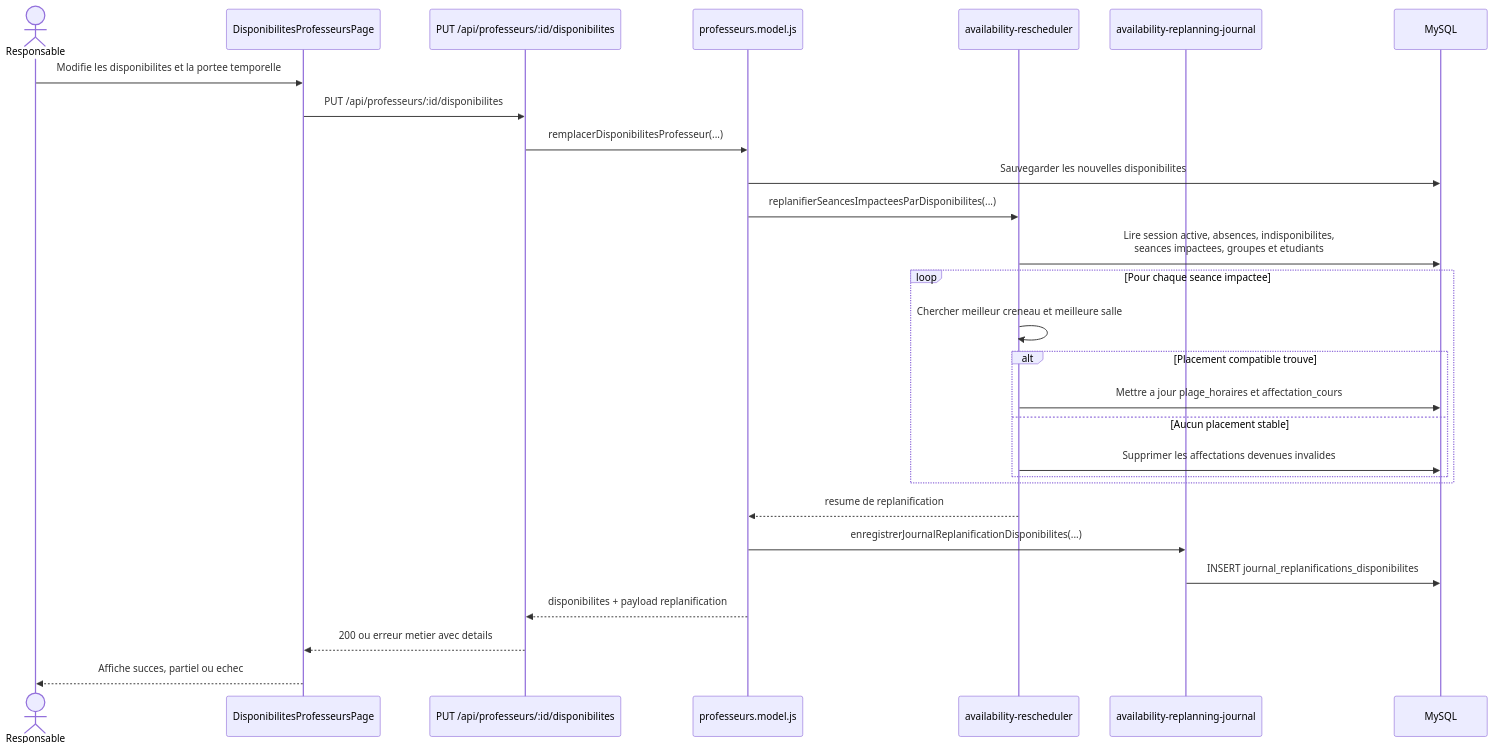
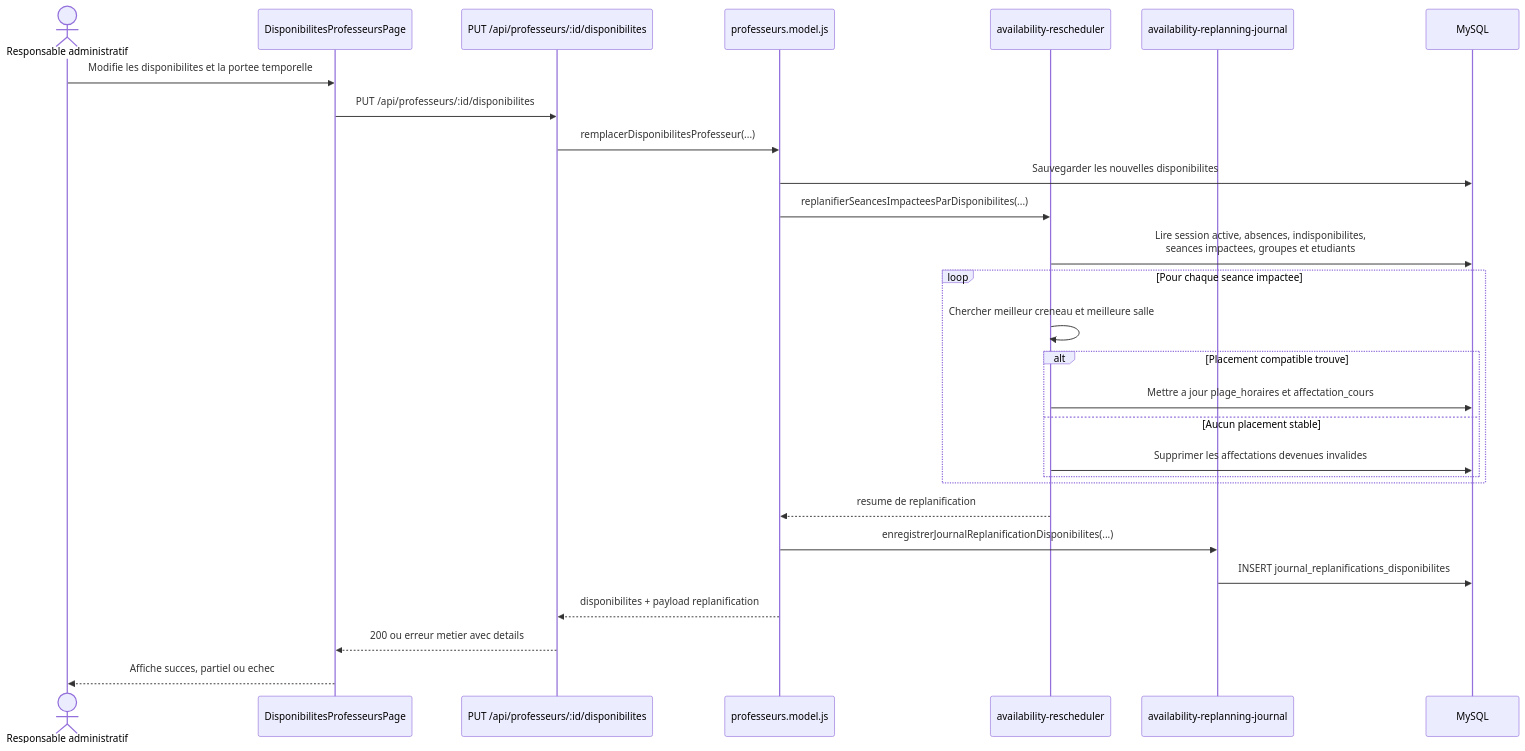
Before and after one commit to saberkara10/Horaire-5: the diagram in documents/diagrammes/scheduler-replanification-sequence.mmd, drawn with Mermaid. The commit also changed 189 other files, not shown here.

```diff
--- a/documents/diagrammes/scheduler-replanification-sequence.mmd
+++ b/documents/diagrammes/scheduler-replanification-sequence.mmd
@@ -1,29 +1,29 @@
 sequenceDiagram
-    actor Responsable
+    actor ResponsableAdministratif as Responsable administratif
     participant Frontend as DisponibilitesProfesseursPage
     participant Route as PUT /api/professeurs/:id/disponibilites
     participant Model as professeurs.model.js
     participant Replanner as availability-rescheduler
     participant Journal as availability-replanning-journal
     participant DB as MySQL
 
-    Responsable->>Frontend: Modifie les disponibilites et la portee temporelle
+    ResponsableAdministratif->>Frontend: Modifie les disponibilites et la portee temporelle
     Frontend->>Route: PUT /api/professeurs/:id/disponibilites
     Route->>Model: remplacerDisponibilitesProfesseur(...)
     Model->>DB: Sauvegarder les nouvelles disponibilites
     Model->>Replanner: replanifierSeancesImpacteesParDisponibilites(...)
     Replanner->>DB: Lire session active, absences, indisponibilites,<br/>seances impactees, groupes et etudiants
     loop Pour chaque seance impactee
         Replanner->>Replanner: Chercher meilleur creneau et meilleure salle
         alt Placement compatible trouve
             Replanner->>DB: Mettre a jour plage_horaires et affectation_cours
         else Aucun placement stable
             Replanner->>DB: Supprimer les affectations devenues invalides
         end
     end
     Replanner-->>Model: resume de replanification
     Model->>Journal: enregistrerJournalReplanificationDisponibilites(...)
     Journal->>DB: INSERT journal_replanifications_disponibilites
     Model-->>Route: disponibilites + payload replanification
     Route-->>Frontend: 200 ou erreur metier avec details
-    Frontend-->>Responsable: Affiche succes, partiel ou echec
+    Frontend-->>ResponsableAdministratif: Affiche succes, partiel ou echec
```
